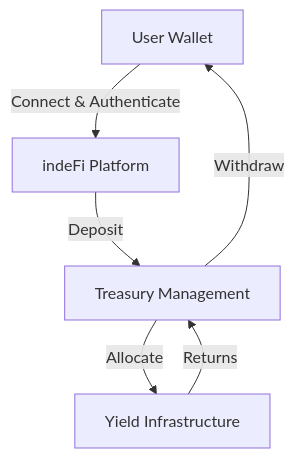
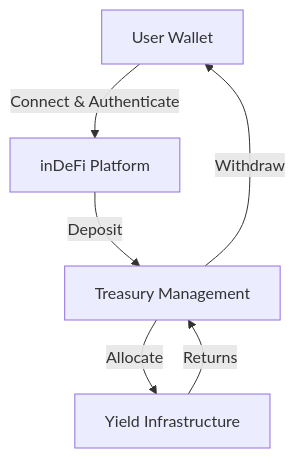
The diagram in platform-overview.mdx (itindefi/mintlify-docs), drawn with Mermaid before and after one commit. The commit also changed other lines of this file and 11 other files, not shown here.

````diff
--- a/platform-overview.mdx
+++ b/platform-overview.mdx
@@ -48,8 +51,8 @@
 ```mermaid
 flowchart TD
-    A[User Wallet] -->|Connect & Authenticate| B[indeFi Platform]
+    A[User Wallet] -->|Connect & Authenticate| B[inDeFi Platform]
     B -->|Deposit| C[Treasury Management]
     C -->|Allocate| D[Yield Infrastructure]
     D -->|Returns| C
     C -->|Withdraw| A
 ```
````
